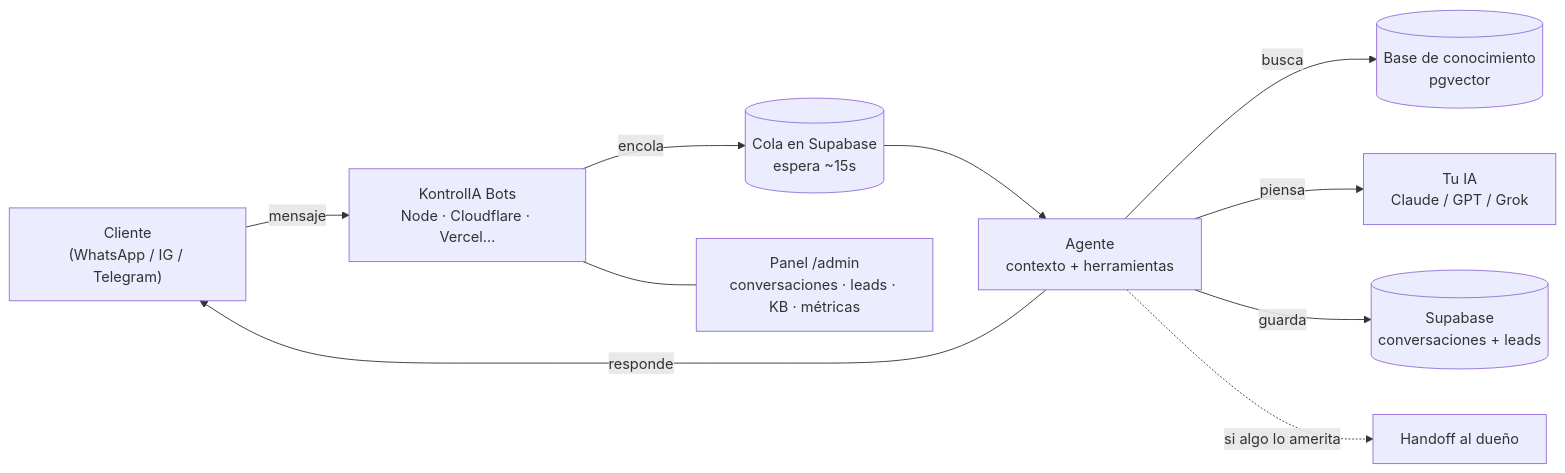
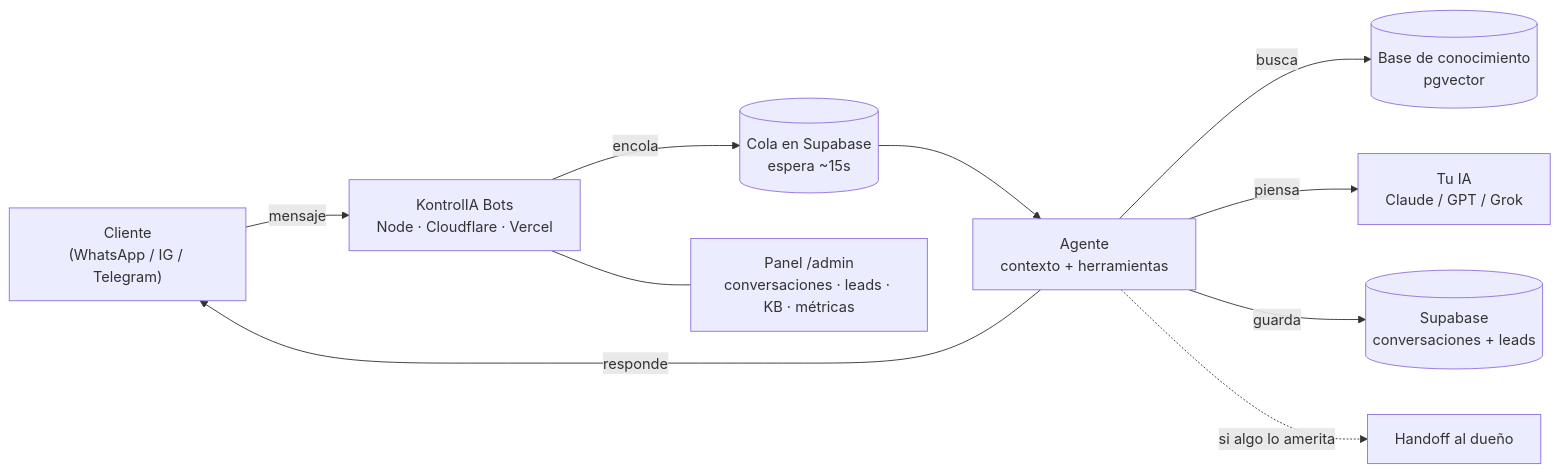
The diagram in README.md (rauldolores/bots), drawn with Mermaid before and after one commit. The commit also changed other lines of this file and 18 other files, not shown here.

First line of the commit message:
Fuera Netlify, y el diagrama deja de decir que esto solo vive en Cloudflare

````diff
--- a/README.md
+++ b/README.md
@@ -89,12 +89,12 @@
 ```mermaid
 flowchart LR
-    C["Cliente<br/>(WhatsApp / IG / Telegram)"] -->|mensaje| W["KontrolIA Bots<br/>Node · Cloudflare · Vercel…"]
+    C["Cliente<br/>(WhatsApp / IG / Telegram)"] -->|mensaje| W["KontrolIA Bots<br/>Node · Cloudflare · Vercel"]
     W -->|encola| Q[("Cola en Supabase<br/>espera ~15s")]
     Q --> A["Agente<br/>contexto + herramientas"]
     A -->|busca| V[("Base de conocimiento<br/>pgvector")]
     A -->|piensa| LLM["Tu IA<br/>Claude / GPT / Grok"]
     A -->|guarda| D[("Supabase<br/>conversaciones + leads")]
     A -->|responde| C
     A -.->|si algo lo amerita| O["Handoff al dueño"]
     W --- P["Panel /admin<br/>conversaciones · leads · KB · métricas"]
 ```
````
